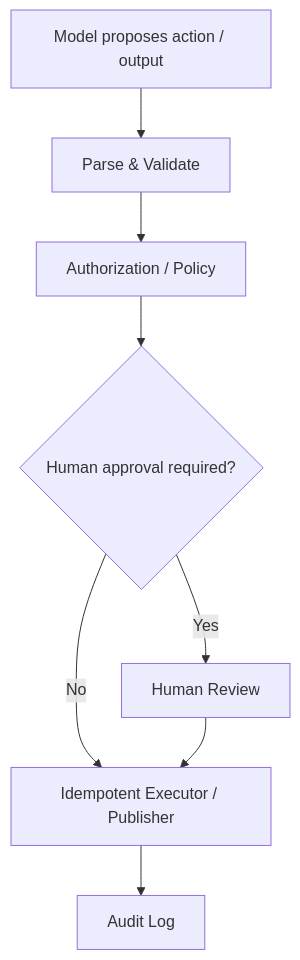
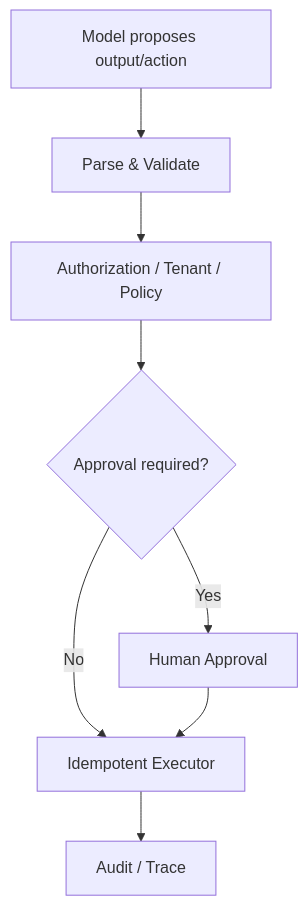
Before and after one commit to salman0butt/handbook: the fourth of 4 diagrams in docs/ai-engineering/00-start-here.md, drawn with Mermaid. The commit also changed other lines of this file and 113 other files, not shown here.

````diff
--- a/docs/ai-engineering/00-start-here.md
+++ b/docs/ai-engineering/00-start-here.md
@@ -157,10 +114,10 @@
 ```mermaid
 flowchart TD
-  MODEL[Model proposes action / output] --> PARSE[Parse & Validate]
-  PARSE --> AUTH[Authorization / Policy]
-  AUTH --> APPROVE{Human approval required?}
-  APPROVE -->|Yes| HUMAN[Human Review]
-  APPROVE -->|No| EXEC[Idempotent Executor / Publisher]
+  MODEL[Model proposes output/action] --> PARSE[Parse & Validate]
+  PARSE --> AUTH[Authorization / Tenant / Policy]
+  AUTH --> RISK{Approval required?}
+  RISK -->|Yes| HUMAN[Human Approval]
+  RISK -->|No| EXEC[Idempotent Executor]
   HUMAN --> EXEC
-  EXEC --> AUDIT[Audit Log]
+  EXEC --> AUDIT[Audit / Trace]
 ```
````
